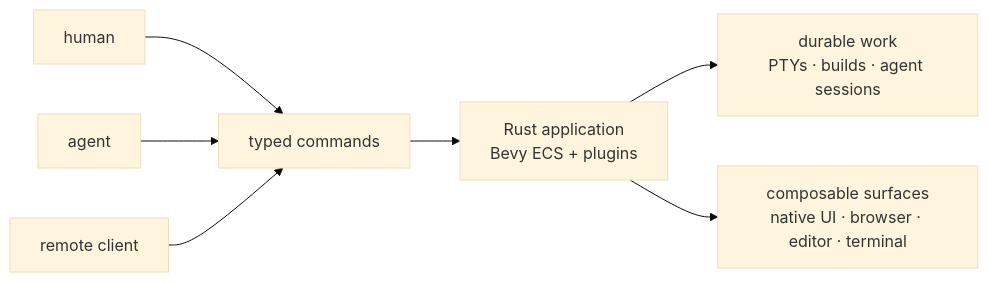
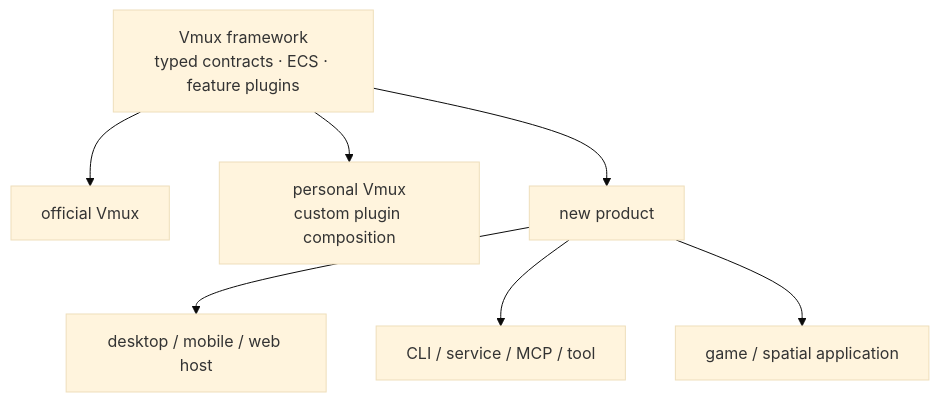
The second of 12 diagrams in docs/architecture.md (vmux-ai/vmux), drawn with Mermaid (base theme) before and after one commit. The commit also changed other lines of this file and 30 other files, not shown here.

Commit message:
refactor host ownership and CLI discovery

````diff
--- a/docs/architecture.md
+++ b/docs/architecture.md
@@ -17,9 +105,17 @@
 ```mermaid
-flowchart LR
-    human["human"] --> api["typed commands"]
-    agent["agent"] --> api
-    remote["remote client"] --> api
-    api --> app["Rust application<br/>Bevy ECS + plugins"]
-    app --> durable["durable work<br/>PTYs · builds · agent sessions"]
-    app --> surfaces["composable surfaces<br/>native UI · browser · editor · terminal"]
+flowchart TB
+    framework["Vmux framework<br/>typed contracts · ECS · feature plugins"]
+    official["official Vmux"]
+    personal["personal Vmux<br/>custom plugin composition"]
+    product["new product"]
+    desktop["desktop / mobile / web host"]
+    headless["CLI / service / MCP / tool"]
+    spatial["game / spatial application"]
+
+    framework --> official
+    framework --> personal
+    framework --> product
+    product --> desktop
+    product --> headless
+    product --> spatial
 ```
````
